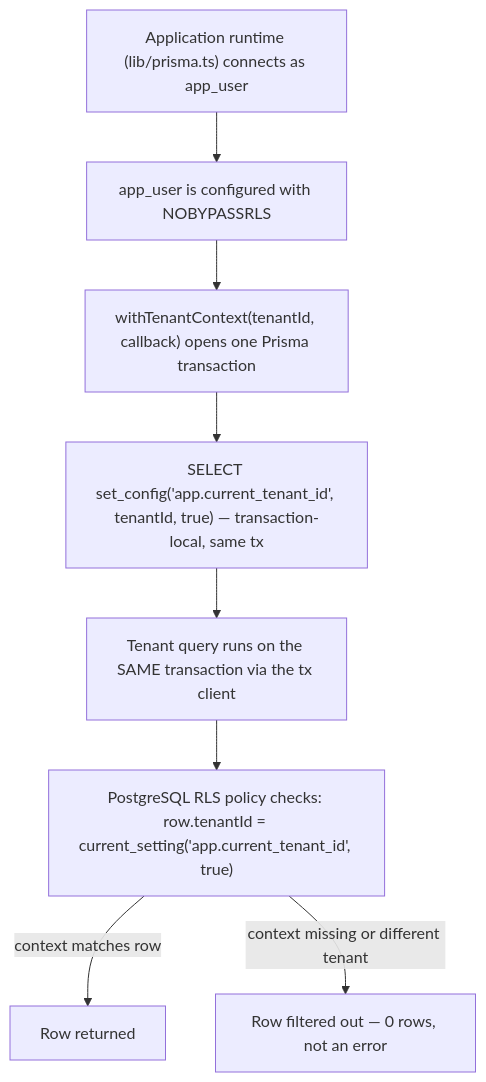
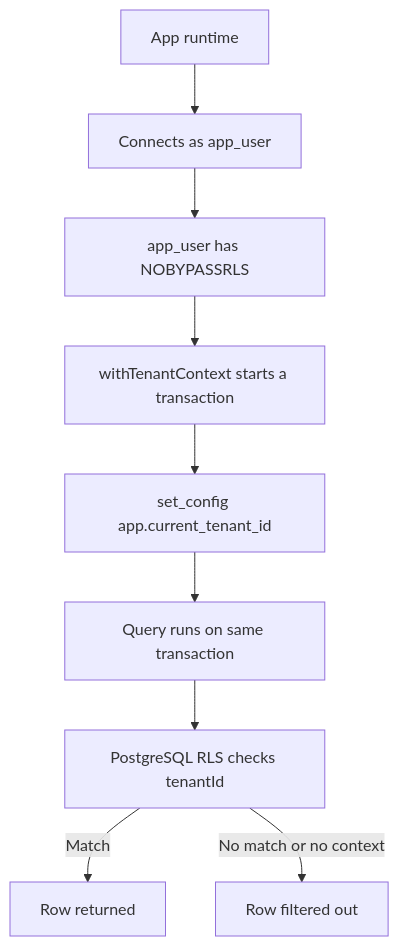
Before and after one commit to zainab-f207/multi-tenant-booking: the second of 2 diagrams in README.md, drawn with Mermaid. The commit also changed other lines of this file and 24 other files, not shown here.

````diff
--- a/README.md
+++ b/README.md
@@ -109,10 +168,11 @@
 ```mermaid
 flowchart TD
-    A["Application runtime (lib/prisma.ts) connects as app_user"] --> B["app_user is configured with NOBYPASSRLS"]
-    B --> C["withTenantContext(tenantId, callback) opens one Prisma transaction"]
-    C --> D["SELECT set_config('app.current_tenant_id', tenantId, true) — transaction-local, same tx"]
-    D --> E["Tenant query runs on the SAME transaction via the tx client"]
-    E --> F["PostgreSQL RLS policy checks: row.tenantId = current_setting('app.current_tenant_id', true)"]
-    F -->|context matches row| G["Row returned"]
-    F -->|context missing or different tenant| H["Row filtered out — 0 rows, not an error"]
+    A[App runtime] --> B[Connects as app_user]
+    B --> C[app_user has NOBYPASSRLS]
+    C --> D[withTenantContext starts a transaction]
+    D --> E[set_config app.current_tenant_id]
+    E --> F[Query runs on same transaction]
+    F --> G[PostgreSQL RLS checks tenantId]
+    G -->|Match| H[Row returned]
+    G -->|No match or no context| I[Row filtered out]
 ```
````
